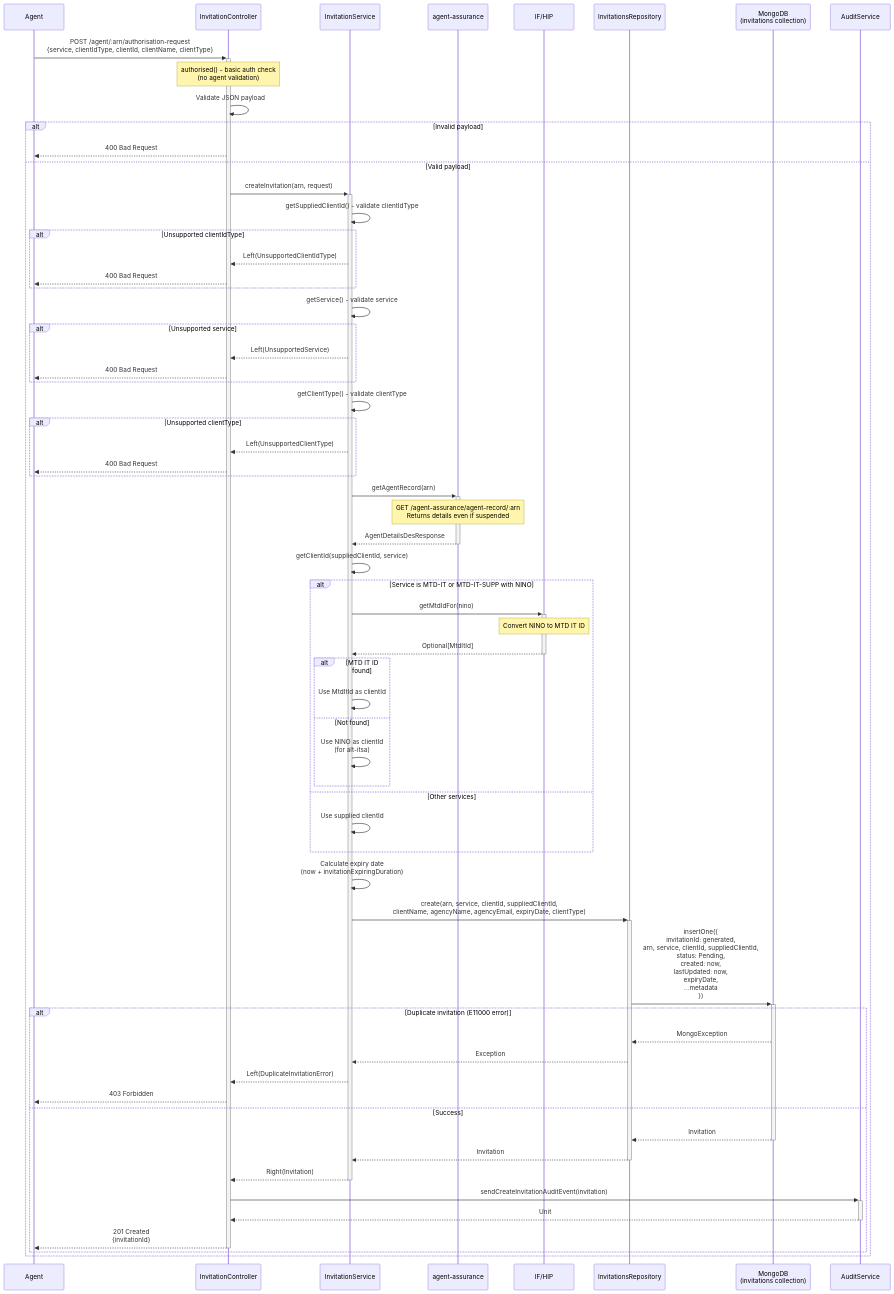
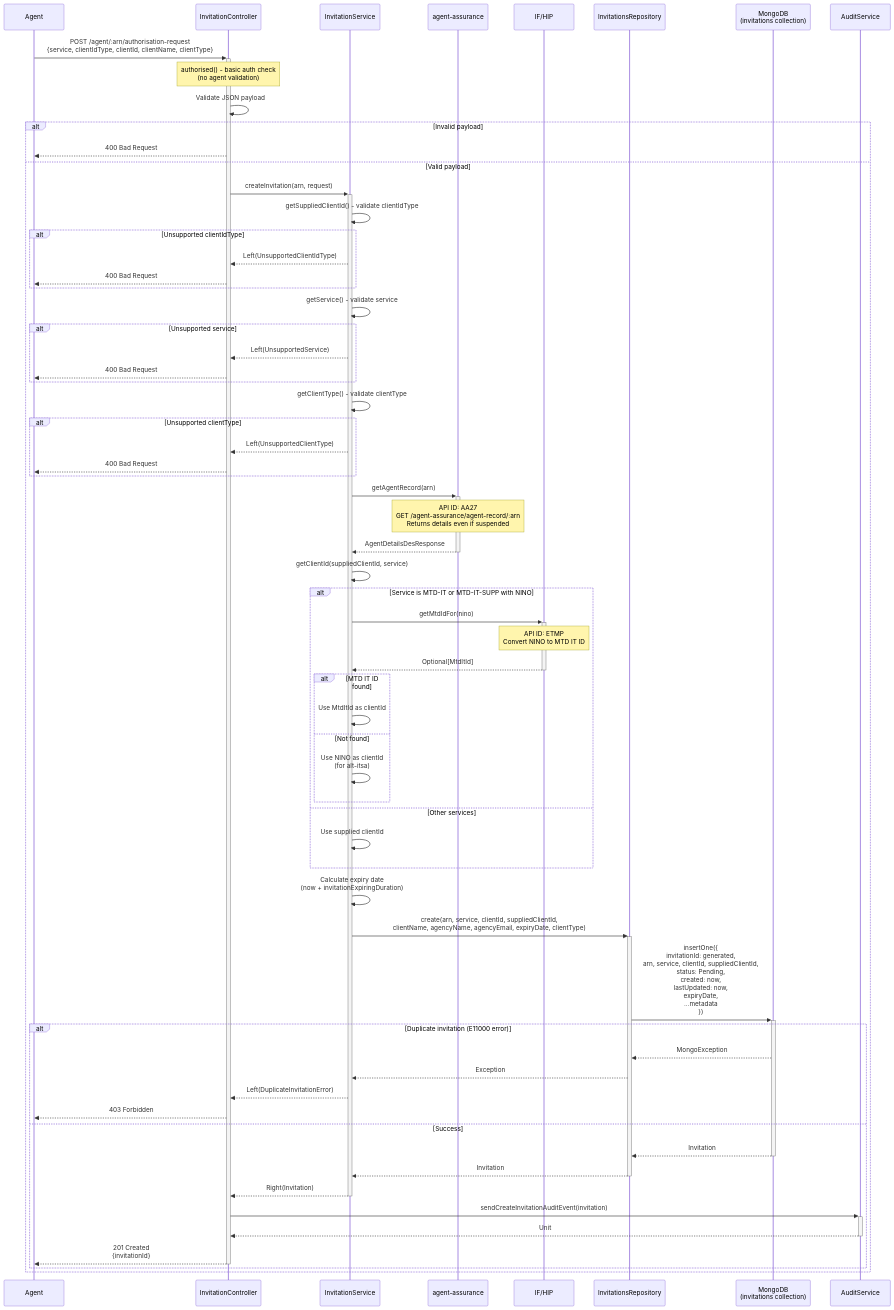
The diagram in service-dependency-map/agent-client-relationships/ACR17/ACR17.mmd (hmrc/agent-client-relationships), drawn with Mermaid before and after one commit. The commit also changed 88 other files, not shown here.

```diff
--- a/service-dependency-map/agent-client-relationships/ACR17/ACR17.mmd
+++ b/service-dependency-map/agent-client-relationships/ACR17/ACR17.mmd
@@ -1,86 +1,86 @@
 %% Last Updated: 2025-11-20
 %% Git Commit SHA: b2138b4e3958677748c1820c3d715d4fbb9d3b2c
 %% Analysis Version: 1.0
 
 sequenceDiagram
     participant Agent
     participant IC as InvitationController
     participant IS as InvitationService
     participant AAS as agent-assurance
     participant HIP as IF/HIP
     participant IR as InvitationsRepository
     participant Mongo as MongoDB<br/>(invitations collection)
     participant AS as AuditService
 
     Agent->>+IC: POST /agent/:arn/authorisation-request<br/>{service, clientIdType, clientId, clientName, clientType}
     Note over IC: authorised() - basic auth check<br/>(no agent validation)
 
     IC->>IC: Validate JSON payload
 
     alt Invalid payload
         IC-->>Agent: 400 Bad Request
     else Valid payload
         IC->>+IS: createInvitation(arn, request)
 
         IS->>IS: getSuppliedClientId() - validate clientIdType
 
         alt Unsupported clientIdType
             IS-->>IC: Left(UnsupportedClientIdType)
             IC-->>Agent: 400 Bad Request
         end
 
         IS->>IS: getService() - validate service
 
         alt Unsupported service
             IS-->>IC: Left(UnsupportedService)
             IC-->>Agent: 400 Bad Request
         end
 
         IS->>IS: getClientType() - validate clientType
 
         alt Unsupported clientType
             IS-->>IC: Left(UnsupportedClientType)
             IC-->>Agent: 400 Bad Request
         end
 
         IS->>+AAS: getAgentRecord(arn)
-        Note over AAS: GET /agent-assurance/agent-record/:arn<br/>Returns details even if suspended
+        Note over AAS: API ID: AA27<br/>GET /agent-assurance/agent-record/:arn<br/>Returns details even if suspended
         AAS-->>-IS: AgentDetailsDesResponse
 
         IS->>IS: getClientId(suppliedClientId, service)
 
         alt Service is MTD-IT or MTD-IT-SUPP with NINO
             IS->>+HIP: getMtdIdFor(nino)
-            Note over HIP: Convert NINO to MTD IT ID
+            Note over HIP: API ID: ETMP<br/>Convert NINO to MTD IT ID
             HIP-->>-IS: Optional[MtdItId]
             alt MTD IT ID found
                 IS->>IS: Use MtdItId as clientId
             else Not found
                 IS->>IS: Use NINO as clientId<br/>(for alt-itsa)
             end
         else Other services
             IS->>IS: Use supplied clientId
         end
 
         IS->>IS: Calculate expiry date<br/>(now + invitationExpiringDuration)
 
         IS->>+IR: create(arn, service, clientId, suppliedClientId,<br/>clientName, agencyName, agencyEmail, expiryDate, clientType)
         IR->>+Mongo: insertOne({<br/>  invitationId: generated,<br/>  arn, service, clientId, suppliedClientId,<br/>  status: Pending,<br/>  created: now,<br/>  lastUpdated: now,<br/>  expiryDate,<br/>  ...metadata<br/>})
 
         alt Duplicate invitation (E11000 error)
             Mongo-->>IR: MongoException
             IR-->>IS: Exception
             IS-->>IC: Left(DuplicateInvitationError)
             IC-->>Agent: 403 Forbidden
         else Success
             Mongo-->>-IR: Invitation
             IR-->>-IS: Invitation
 
             IS-->>-IC: Right(Invitation)
 
             IC->>+AS: sendCreateInvitationAuditEvent(invitation)
             AS-->>-IC: Unit
 
             IC-->>-Agent: 201 Created<br/>{invitationId}
         end
     end
```
